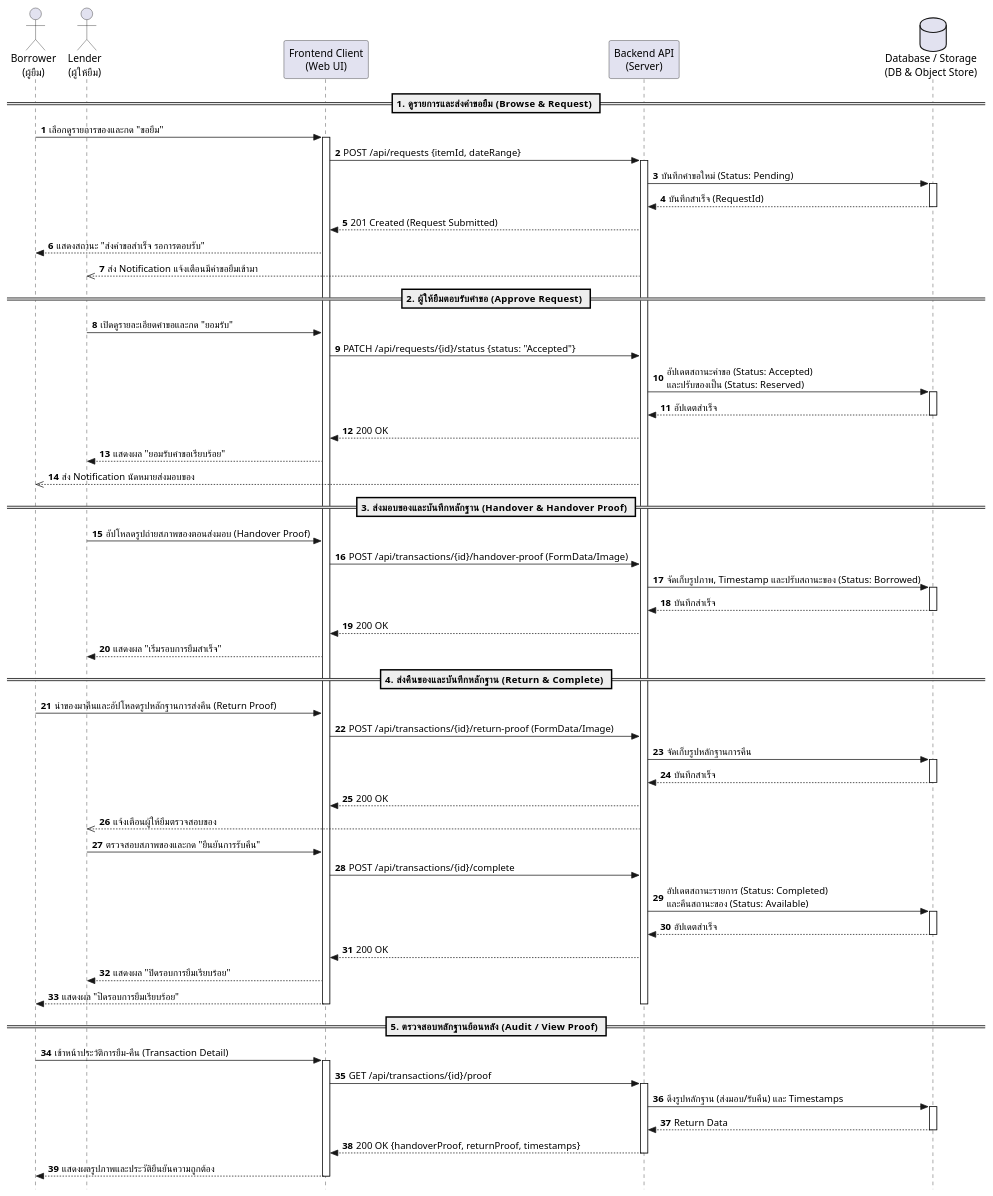
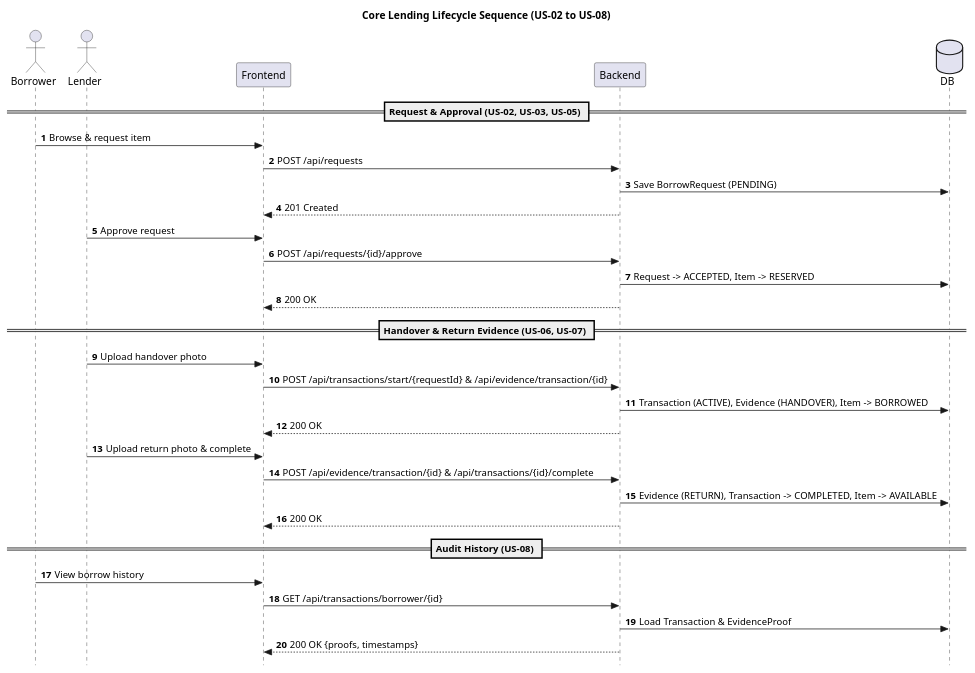
Before and after one commit to nrokariw/CS261_G06: the diagram in docs/project/uml/serviceSequenceDiagram.puml, drawn with PlantUML. The commit also changed 16 other files, not shown here.

Commit message:
docs(uml): add DFD diagrams and simplify US-01 to US-09 UML diagrams in English

```diff
--- a/docs/project/uml/serviceSequenceDiagram.puml
+++ b/docs/project/uml/serviceSequenceDiagram.puml
@@ -1,86 +1,39 @@
 @startuml
+title Core Lending Lifecycle Sequence (US-02 to US-08)
 skinparam style strictuml
 autonumber
 
-actor "Borrower\n(ผู้ยืม)" as B
-actor "Lender\n(ผู้ให้ยืม)" as L
-participant "Frontend Client\n(Web UI)" as UI
-participant "Backend API\n(Server)" as API
-database "Database / Storage\n(DB & Object Store)" as DB
+actor Borrower
+actor Lender
+participant Frontend
+participant Backend
+database DB
 
-== 1. ดูรายการและส่งคำขอยืม (Browse & Request) ==
+== Request & Approval (US-02, US-03, US-05) ==
+Borrower -> Frontend : Browse & request item
+Frontend -> Backend : POST /api/requests
+Backend -> DB : Save BorrowRequest (PENDING)
+Backend --> Frontend : 201 Created
 
-B -> UI : เลือกดูรายการของและกด "ขอยืม"
-activate UI
-UI -> API : POST /api/requests {itemId, dateRange}
-activate API
-API -> DB : บันทึกคำขอใหม่ (Status: Pending)
-activate DB
-DB --> API : บันทึกสำเร็จ (RequestId)
-deactivate DB
-API --> UI : 201 Created (Request Submitted)
-UI --> B : แสดงสถานะ "ส่งคำขอสำเร็จ รอการตอบรับ"
-API -->> L : ส่ง Notification แจ้งเตือนมีคำขอยืมเข้ามา
+Lender -> Frontend : Approve request
+Frontend -> Backend : POST /api/requests/{id}/approve
+Backend -> DB : Request -> ACCEPTED, Item -> RESERVED
+Backend --> Frontend : 200 OK
 
-== 2. ผู้ให้ยืมตอบรับคำขอ (Approve Request) ==
+== Handover & Return Evidence (US-06, US-07) ==
+Lender -> Frontend : Upload handover photo
+Frontend -> Backend : POST /api/transactions/start/{requestId} & /api/evidence/transaction/{id}
+Backend -> DB : Transaction (ACTIVE), Evidence (HANDOVER), Item -> BORROWED
+Backend --> Frontend : 200 OK
 
-L -> UI : เปิดดูรายละเอียดคำขอและกด "ยอมรับ"
-UI -> API : PATCH /api/requests/{id}/status {status: "Accepted"}
-API -> DB : อัปเดตสถานะคำขอ (Status: Accepted)\nและปรับของเป็น (Status: Reserved)
-activate DB
-DB --> API : อัปเดตสำเร็จ
-deactivate DB
-API --> UI : 200 OK
-UI --> L : แสดงผล "ยอมรับคำขอเรียบร้อย"
-API -->> B : ส่ง Notification นัดหมายส่งมอบของ
+Lender -> Frontend : Upload return photo & complete
+Frontend -> Backend : POST /api/evidence/transaction/{id} & /api/transactions/{id}/complete
+Backend -> DB : Evidence (RETURN), Transaction -> COMPLETED, Item -> AVAILABLE
+Backend --> Frontend : 200 OK
 
-== 3. ส่งมอบของและบันทึกหลักฐาน (Handover & Handover Proof) ==
-
-L -> UI : อัปโหลดรูปถ่ายสภาพของตอนส่งมอบ (Handover Proof)
-UI -> API : POST /api/transactions/{id}/handover-proof (FormData/Image)
-API -> DB : จัดเก็บรูปภาพ, Timestamp และปรับสถานะของ (Status: Borrowed)
-activate DB
-DB --> API : บันทึกสำเร็จ
-deactivate DB
-API --> UI : 200 OK
-UI --> L : แสดงผล "เริ่มรอบการยืมสำเร็จ"
-
-== 4. ส่งคืนของและบันทึกหลักฐาน (Return & Complete) ==
-
-B -> UI : นำของมาคืนและอัปโหลดรูปหลักฐานการส่งคืน (Return Proof)
-UI -> API : POST /api/transactions/{id}/return-proof (FormData/Image)
-API -> DB : จัดเก็บรูปหลักฐานการคืน
-activate DB
-DB --> API : บันทึกสำเร็จ
-deactivate DB
-API --> UI : 200 OK
-API -->> L : แจ้งเตือนผู้ให้ยืมตรวจสอบของ
-
-L -> UI : ตรวจสอบสภาพของและกด "ยืนยันการรับคืน"
-UI -> API : POST /api/transactions/{id}/complete
-API -> DB : อัปเดตสถานะรายการ (Status: Completed)\nและคืนสถานะของ (Status: Available)
-activate DB
-DB --> API : อัปเดตสำเร็จ
-deactivate DB
-API --> UI : 200 OK
-UI --> L : แสดงผล "ปิดรอบการยืมเรียบร้อย"
-UI --> B : แสดงผล "ปิดรอบการยืมเรียบร้อย"
-deactivate API
-deactivate UI
-
-== 5. ตรวจสอบหลักฐานย้อนหลัง (Audit / View Proof) ==
-
-B -> UI : เข้าหน้าประวัติการยืม-คืน (Transaction Detail)
-activate UI
-UI -> API : GET /api/transactions/{id}/proof
-activate API
-API -> DB : ดึงรูปหลักฐาน (ส่งมอบ/รับคืน) และ Timestamps
-activate DB
-DB --> API : Return Data
-deactivate DB
-API --> UI : 200 OK {handoverProof, returnProof, timestamps}
-deactivate API
-UI --> B : แสดงผลรูปภาพและประวัติยืนยันความถูกต้อง
-deactivate UI
-
+== Audit History (US-08) ==
+Borrower -> Frontend : View borrow history
+Frontend -> Backend : GET /api/transactions/borrower/{id}
+Backend -> DB : Load Transaction & EvidenceProof
+Backend --> Frontend : 200 OK {proofs, timestamps}
 @enduml
```
